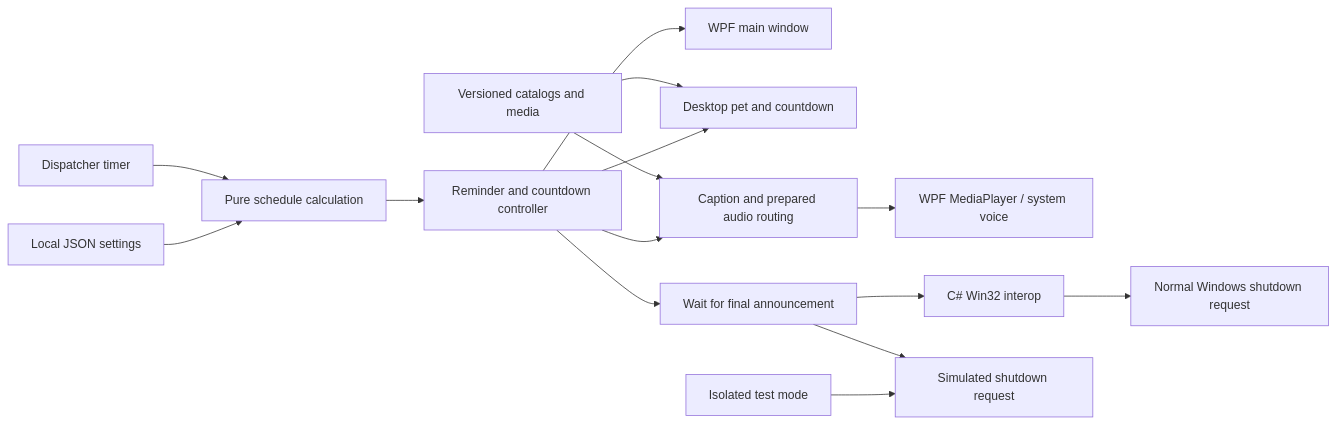
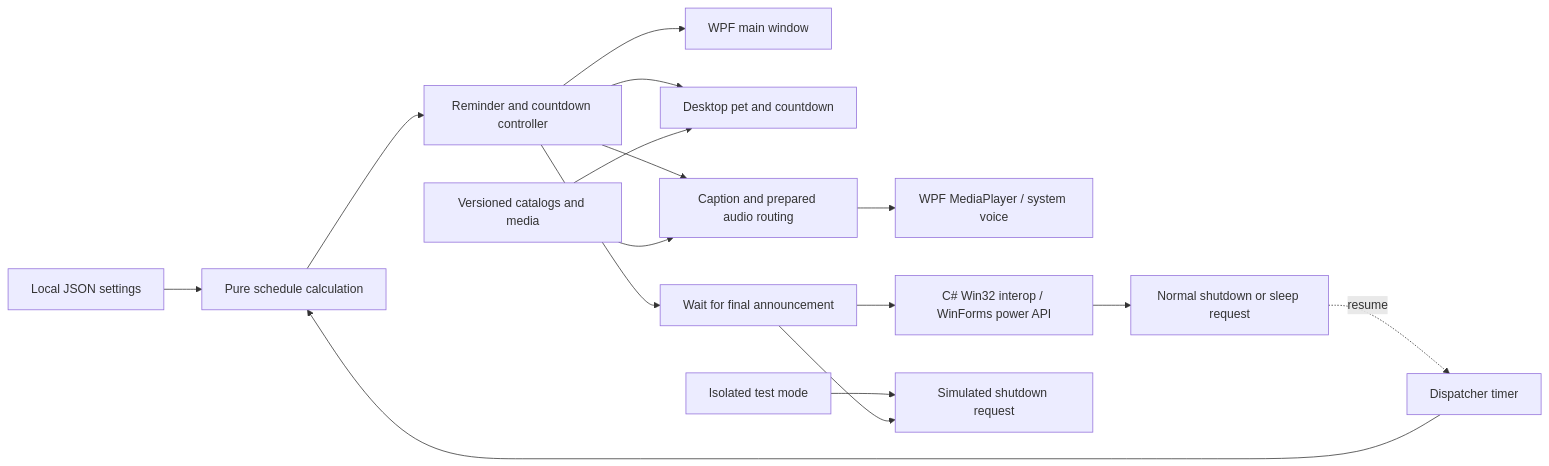
One commit to 9OwO6/wanwan-shutdown-assistant changed the diagram in docs/ARCHITECTURE.md. Above: the diagram before and after it, drawn with Mermaid. The commit also changed other lines of this file and 269 other files, not shown here.

````diff
--- a/docs/ARCHITECTURE.md
+++ b/docs/ARCHITECTURE.md
@@ -3,17 +3,18 @@
 ```mermaid
 flowchart LR
     Settings[Local JSON settings] --> Schedule[Pure schedule calculation]
     Clock[Dispatcher timer] --> Schedule
     Schedule --> Controller[Reminder and countdown controller]
     Controller --> Main[WPF main window]
     Controller --> Pet[Desktop pet and countdown]
     Controller --> Voice[Caption and prepared audio routing]
     Voice --> Player[WPF MediaPlayer / system voice]
     Controller --> Pending[Wait for final announcement]
-    Pending --> Power[C# Win32 interop]
-    Power --> OS[Normal Windows shutdown request]
+    Pending --> Power[C# Win32 interop / WinForms power API]
+    Power --> OS[Normal shutdown or sleep request]
+    OS -. resume .-> Clock
     Test[Isolated test mode] --> Fake[Simulated shutdown request]
     Pending --> Fake
     Assets[Versioned catalogs and media] --> Pet
     Assets --> Voice
 ```
````
